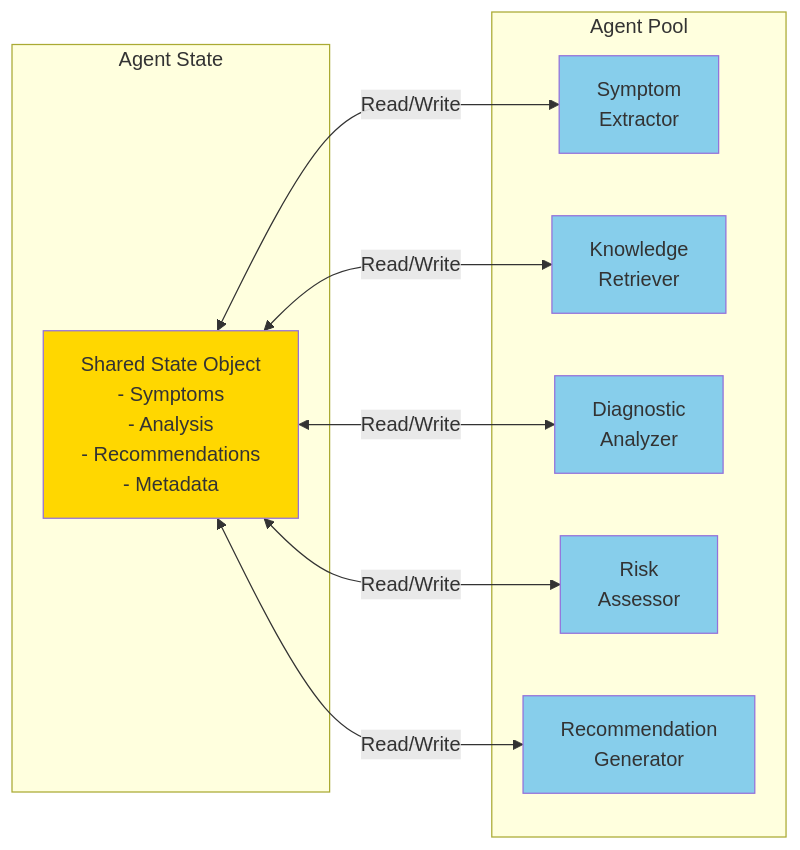
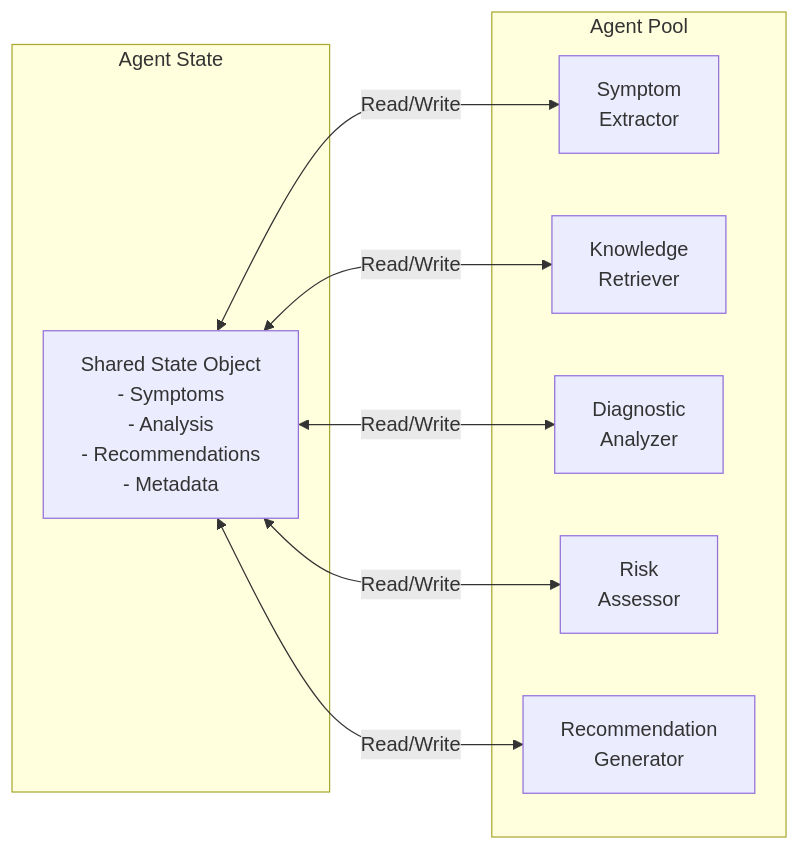
One commit to hoangsonww/SymptomSync-Health-App changed the fourth of 5 diagrams in agentic_ai/README.md. Above: the diagram before and after it, drawn with Mermaid. The commit also changed other lines of this file, not shown here.

Commit message:
remove styles mermaid

````diff
--- a/agentic_ai/README.md
+++ b/agentic_ai/README.md
@@ -170,27 +162,20 @@
 ```mermaid
 graph LR
     subgraph "Agent State"
         State[Shared State Object<br/>- Symptoms<br/>- Analysis<br/>- Recommendations<br/>- Metadata]
     end
 
     subgraph "Agent Pool"
         A1[Symptom<br/>Extractor]
         A2[Knowledge<br/>Retriever]
         A3[Diagnostic<br/>Analyzer]
         A4[Risk<br/>Assessor]
         A5[Recommendation<br/>Generator]
     end
 
     State <-->|Read/Write| A1
     State <-->|Read/Write| A2
     State <-->|Read/Write| A3
     State <-->|Read/Write| A4
     State <-->|Read/Write| A5
-
-    style State fill:#ffd700
-    style A1 fill:#87ceeb
-    style A2 fill:#87ceeb
-    style A3 fill:#87ceeb
-    style A4 fill:#87ceeb
-    style A5 fill:#87ceeb
 ```
````
